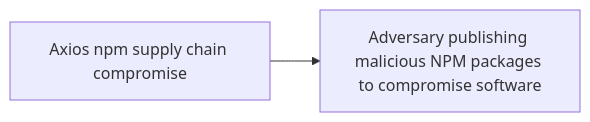
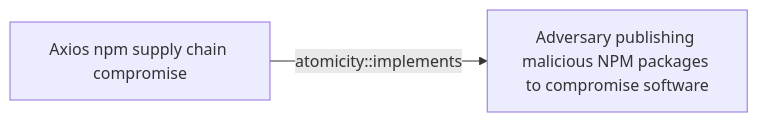
The first of 2 diagrams in docs/threats/axios-npm-supply-chain-compromise.md (opentidehq/library), drawn with Mermaid before and after one commit. The commit also changed other lines of this file and 277 other files, not shown here.

````diff
--- a/docs/threats/axios-npm-supply-chain-compromise.md
+++ b/docs/threats/axios-npm-supply-chain-compromise.md
@@ -284,6 +343,6 @@
 ```mermaid
 flowchart LR
 000790d9_06de_49af_893d_e4993abe6e38["Axios npm supply chain compromise"]
 d24f2b4a_80fc_4ee7_9293_3f6e9e3bbbe4["Adversary publishing malicious NPM packages to compromise software"]
-000790d9_06de_49af_893d_e4993abe6e38 --> d24f2b4a_80fc_4ee7_9293_3f6e9e3bbbe4
+000790d9_06de_49af_893d_e4993abe6e38 -->|atomicity::implements| d24f2b4a_80fc_4ee7_9293_3f6e9e3bbbe4
 ```
````
